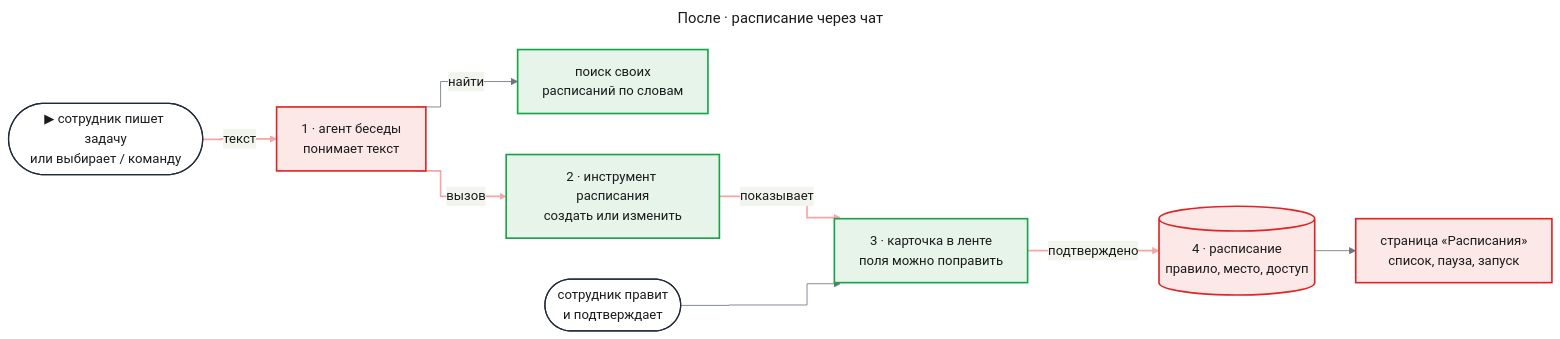
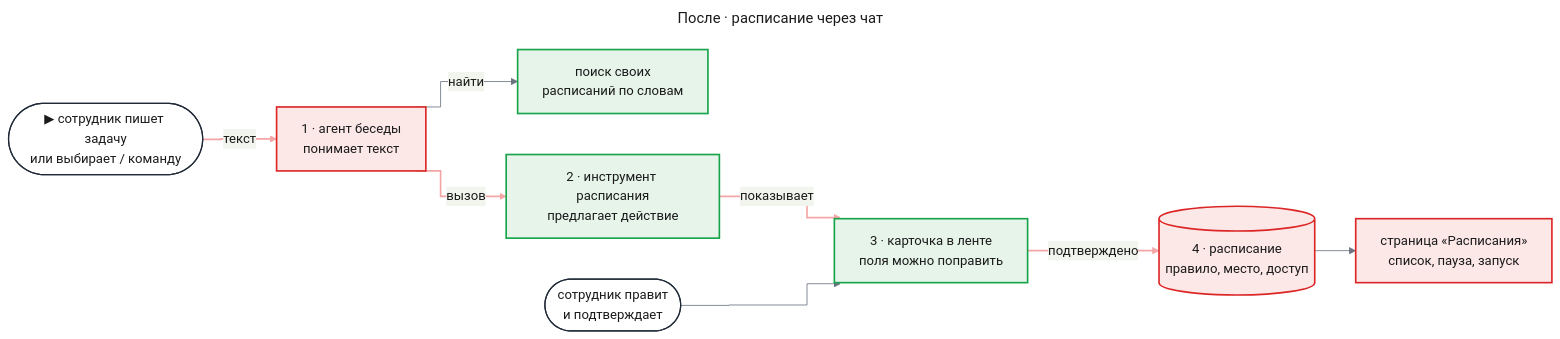
Before and after one commit to tundraray/agent-os: the second of 3 diagrams in docs/features/chat-scheduling/prd.md, drawn with Mermaid. The commit also changed other lines of this file, not shown here.

````diff
--- a/docs/features/chat-scheduling/prd.md
+++ b/docs/features/chat-scheduling/prd.md
@@ -68,48 +68,48 @@
 ```mermaid
 ---
 title: "После · расписание через чат"
 config:
   theme: base
   look: classic
   themeVariables:
     primaryColor: "#eef1f5"
     primaryBorderColor: "#4b5563"
     primaryTextColor: "#1a1a1a"
     lineColor: "#6b7280"
   flowchart:
     curve: step
   themeCSS: |
     @keyframes lit_after{0%,22.5%{stroke:#991b1b;stroke-width:6px}25%,100%{stroke:#f4a5a5;stroke-width:2px}}
 ---
 flowchart LR
     entry(["▶ сотрудник пишет задачу<br/>или выбирает / команду"])
     agent["1 · агент беседы<br/>понимает текст"]
     find["поиск своих<br/>расписаний по словам"]
-    tool["2 · инструмент расписания<br/>создать или изменить"]
+    tool["2 · инструмент расписания<br/>предлагает действие"]
     card["3 · карточка в ленте<br/>поля можно поправить"]
     person(["сотрудник правит<br/>и подтверждает"])
     sched[("4 · расписание<br/>правило, место, доступ")]
     page["страница «Расписания»<br/>список, пауза, запуск"]
     entry e1@-->|"текст"| agent
     agent -->|"найти"| find
     agent e2@-->|"вызов"| tool
     tool e3@-->|"показывает"| card
     person --> card
     card e4@-->|"подтверждено"| sched
     sched --> page
     classDef entry fill:#ffffff,stroke:#1f2937,stroke-width:1.5px,color:#1a1a1a
     classDef changed fill:#fde8e8,stroke:#dc2626,stroke-width:2px,color:#1a1a1a
     classDef new fill:#e6f4ea,stroke:#16a34a,stroke-width:2px,color:#1a1a1a
     classDef unchanged fill:#eef1f5,stroke:#4b5563,stroke-width:1.5px,color:#1a1a1a
     classDef w1 stroke:#f4a5a5,stroke-width:2px,animation:lit_after 4.8s linear 0s infinite
     classDef w2 stroke:#f4a5a5,stroke-width:2px,animation:lit_after 4.8s linear 1.2s infinite
     classDef w3 stroke:#f4a5a5,stroke-width:2px,animation:lit_after 4.8s linear 2.4s infinite
     classDef w4 stroke:#f4a5a5,stroke-width:2px,animation:lit_after 4.8s linear 3.6s infinite
     class entry,person entry
     class agent,sched,page changed
     class find,tool,card new
     class e1 w1
     class e2 w2
     class e3 w3
     class e4 w4
 ```
````
